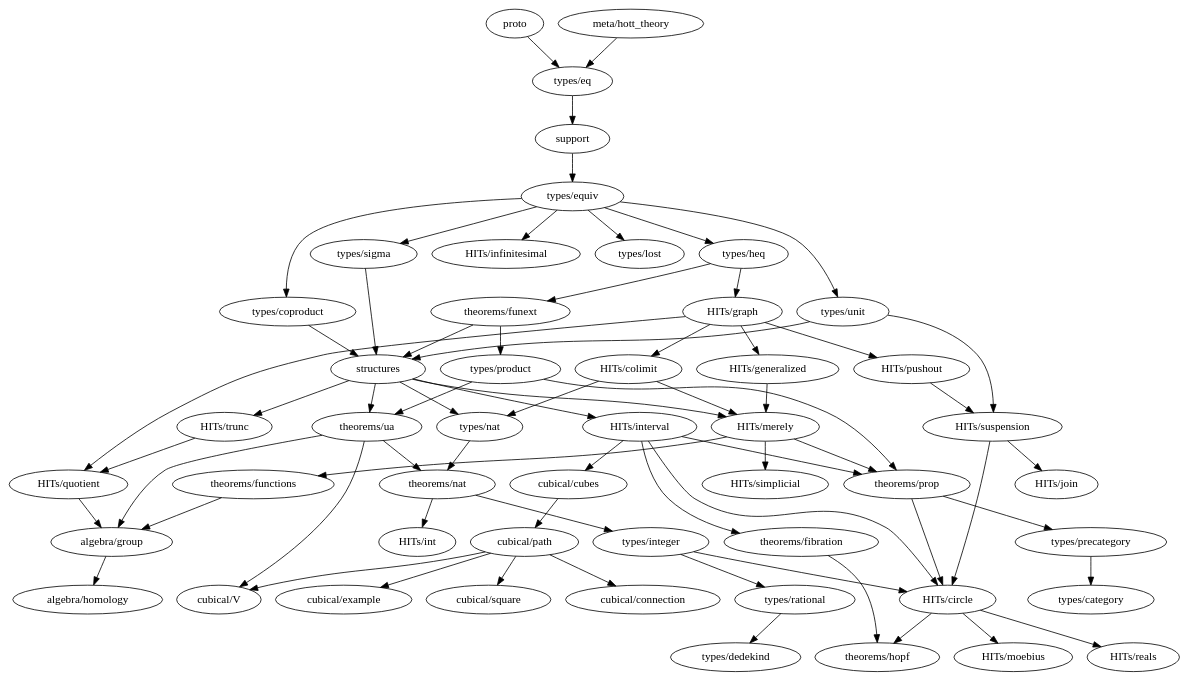
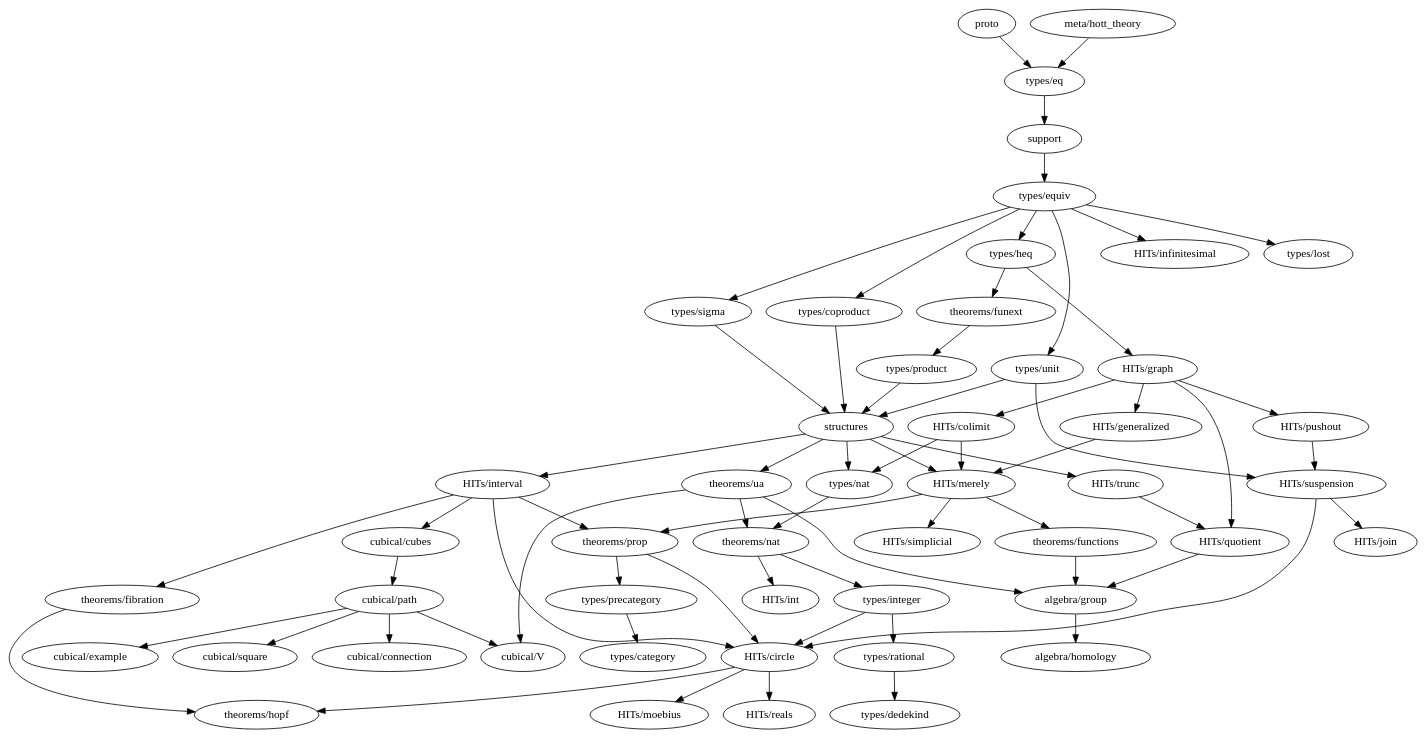
One commit to forked-from-1kasper/ground_zero changed the diagram in dependency_map.gv. Above: the diagram before and after it, drawn with Graphviz. The commit also changed 6 other files, not shown here.

```diff
--- a/dependency_map.gv
+++ b/dependency_map.gv
@@ -1,104 +1,104 @@
 digraph dependency_map {
   proto -> "types/eq"
   "meta/hott_theory" -> "types/eq"
   support -> "types/equiv"
   structures -> {
     "HITs/interval",
     "HITs/merely",
     "HITs/trunc",
     "types/nat",
     "theorems/ua"
   }
 
   subgraph algebra {
     "algebra/group" -> { "algebra/homology" }
     "algebra/homology"
   }
 
   subgraph types {
     "types/category"
     "types/coproduct" -> { structures }
     "types/dedekind"
     "types/eq" -> { support }
     "types/equiv" -> {
       "types/heq",
       "HITs/infinitesimal",
       "types/coproduct",
       "types/lost",
       "types/unit",
       "types/sigma"
     }
     "types/heq" -> {
       "HITs/graph", "theorems/funext"
     }
     "types/integer" -> {
       "HITs/circle",
       "types/rational"
     }
     "types/lost"
     "types/nat" -> { "theorems/nat" }
     "types/precategory" -> { "types/category" }
-    "types/product" -> { "theorems/prop", "theorems/ua" }
+    "types/product" -> { structures }
     "types/rational" -> { "types/dedekind" }
     "types/sigma" -> { structures }
     "types/unit" -> { structures, "HITs/suspension" }
   }
 
   subgraph HITs {
     "HITs/circle" -> { "theorems/hopf", "HITs/moebius", "HITs/reals" }
     "HITs/colimit" -> { "HITs/merely", "types/nat" }
     "HITs/generalized" -> "HITs/merely"
     "HITs/graph" -> {
       "HITs/colimit",
       "HITs/generalized",
       "HITs/pushout",
       "HITs/quotient"
     }
     "HITs/infinitesimal"
     "HITs/interval" -> {
       "cubical/cubes"
       "HITs/circle",
       "theorems/prop",
       "theorems/fibration"
     }
     "HITs/join"
     "HITs/merely" -> {
       "theorems/prop",
       "HITs/simplicial",
       "theorems/functions"
     }
     "HITs/moebius"
     "HITs/pushout" -> {
       "HITs/suspension"
     }
     "HITs/quotient" -> { "algebra/group" }
     "HITs/reals"
     "HITs/simplicial"
     "HITs/suspension" -> { "HITs/circle", "HITs/join" }
     "HITs/trunc" -> { "HITs/quotient" }
   }
 
   subgraph cubical {
     "cubical/connection"
     "cubical/cubes" -> "cubical/path"
     "cubical/example"
     "cubical/path" -> {
       "cubical/square",
       "cubical/example",
       "cubical/V",
       "cubical/connection"
     }
     "cubical/square"
     "cubical/V"
   }
 
   subgraph theorems {
     "theorems/fibration" -> { "theorems/hopf" }
     "theorems/functions" -> { "algebra/group" }
-    "theorems/funext" -> { structures, "types/product" }
+    "theorems/funext" -> { "types/product" }
     "theorems/hopf"
     "theorems/nat" -> { "HITs/int", "types/integer" }
     "theorems/prop" -> { "HITs/circle", "types/precategory" }
     "theorems/ua" -> { "algebra/group", "theorems/nat", "cubical/V" }
   }
 }
```
